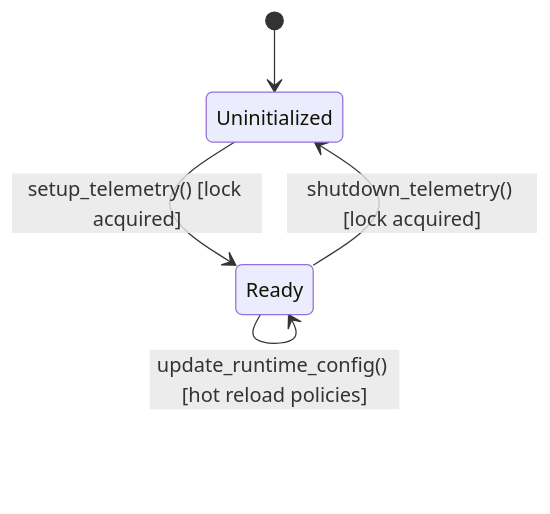
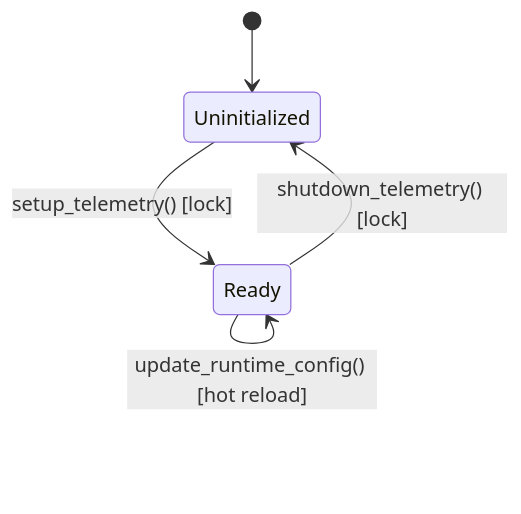
One commit to provide-io/provide-telemetry changed the fourth of 5 diagrams in docs/ARCHITECTURE.md. Above: the diagram before and after it, drawn with Mermaid. The commit also changed other lines of this file and 20 other files, not shown here.

````diff
--- a/docs/ARCHITECTURE.md
+++ b/docs/ARCHITECTURE.md
@@ -112,8 +112,8 @@
 ```mermaid
 stateDiagram-v2
     [*] --> Uninitialized
-    Uninitialized --> Ready: setup_telemetry() [lock acquired]
-    Ready --> Uninitialized: shutdown_telemetry() [lock acquired]
-    Ready --> Ready: setup_telemetry() [idempotent no-op]
-    Ready --> Ready: update_runtime_config() [hot reload policies]
+    Uninitialized --> Ready: setup_telemetry() [lock]
+    Ready --> Uninitialized: shutdown_telemetry() [lock]
+    Ready --> Ready: setup_telemetry() [idempotent, no-op]
+    Ready --> Ready: update_runtime_config() [hot reload]
 ```
````
